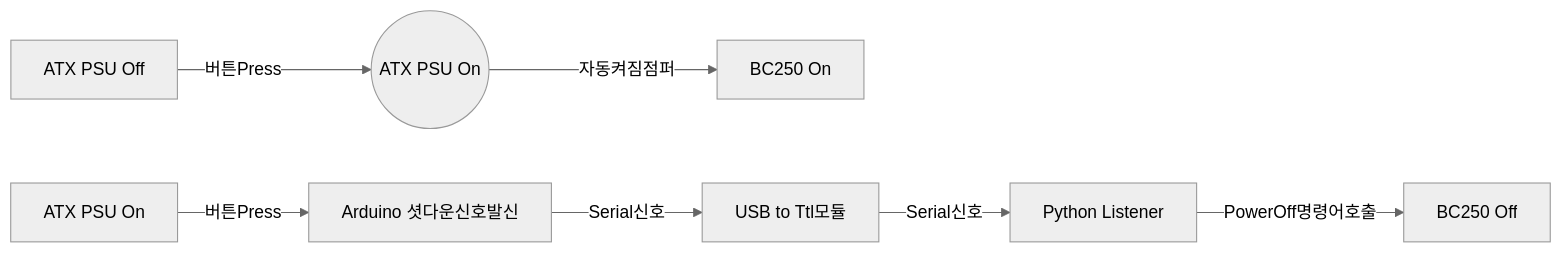
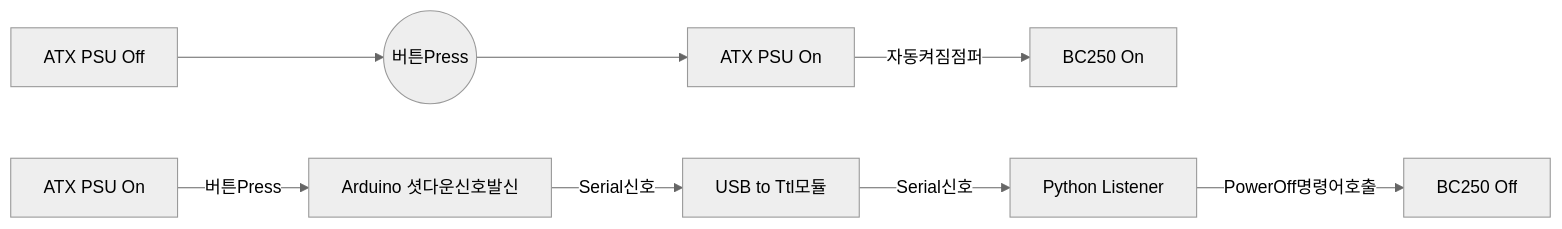
Before and after one commit to coolsolgit/BC250-ATX-PSU-Control: the first of 2 diagrams in README.md, drawn with Mermaid (neutral theme).

````diff
--- a/README.md
+++ b/README.md
@@ -23,10 +23,11 @@
 ```mermaid
 flowchart LR
-A1[ATX PSU Off] -->|버튼Press| B1((ATX PSU On))
-  B1 -->|자동켜짐점퍼| C1[BC250 On]
+A1[ATX PSU Off] --> B1((버튼Press))
+  B1 --> C1[ATX PSU On]
+  C1 -->|자동켜짐점퍼| D1[BC250 On]
 D[ATX PSU On] -->|버튼Press| E[Arduino 셧다운신호발신]
   E -->|Serial신호| F[USB to Ttl모듈]
   F -->|Serial신호| G[Python Listener]
   G -->|PowerOff명령어호출| H[BC250 Off]
 
 ```
````
